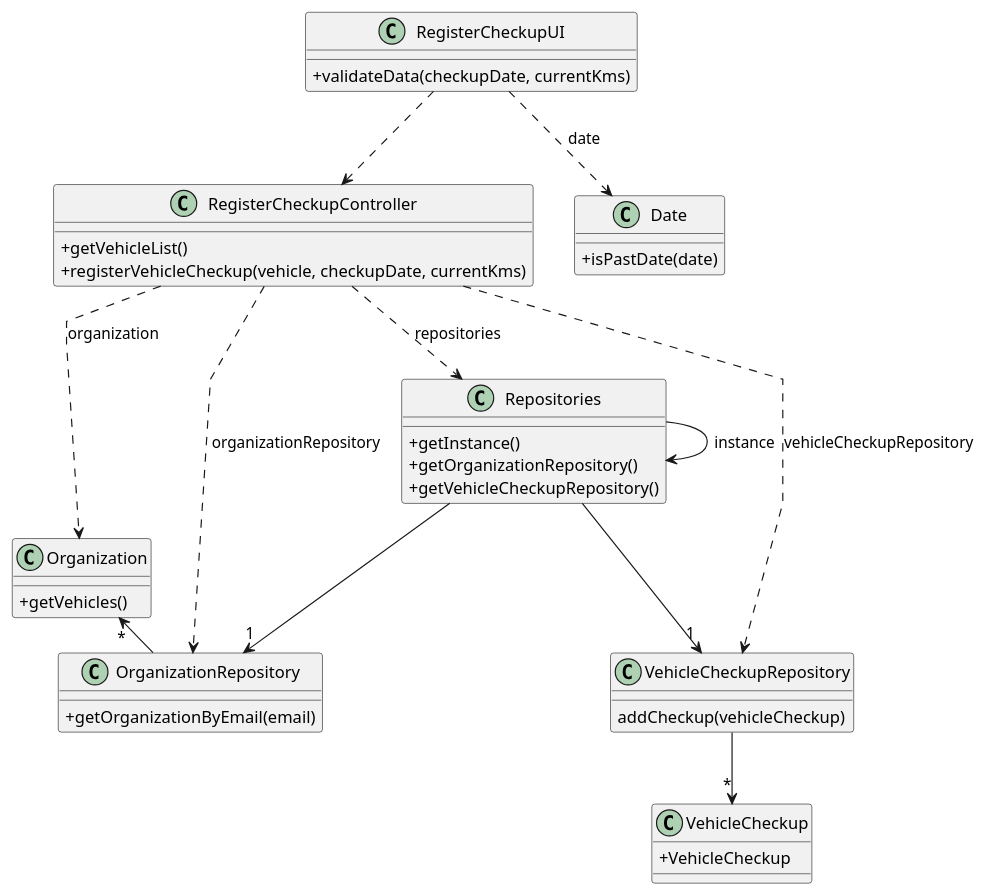
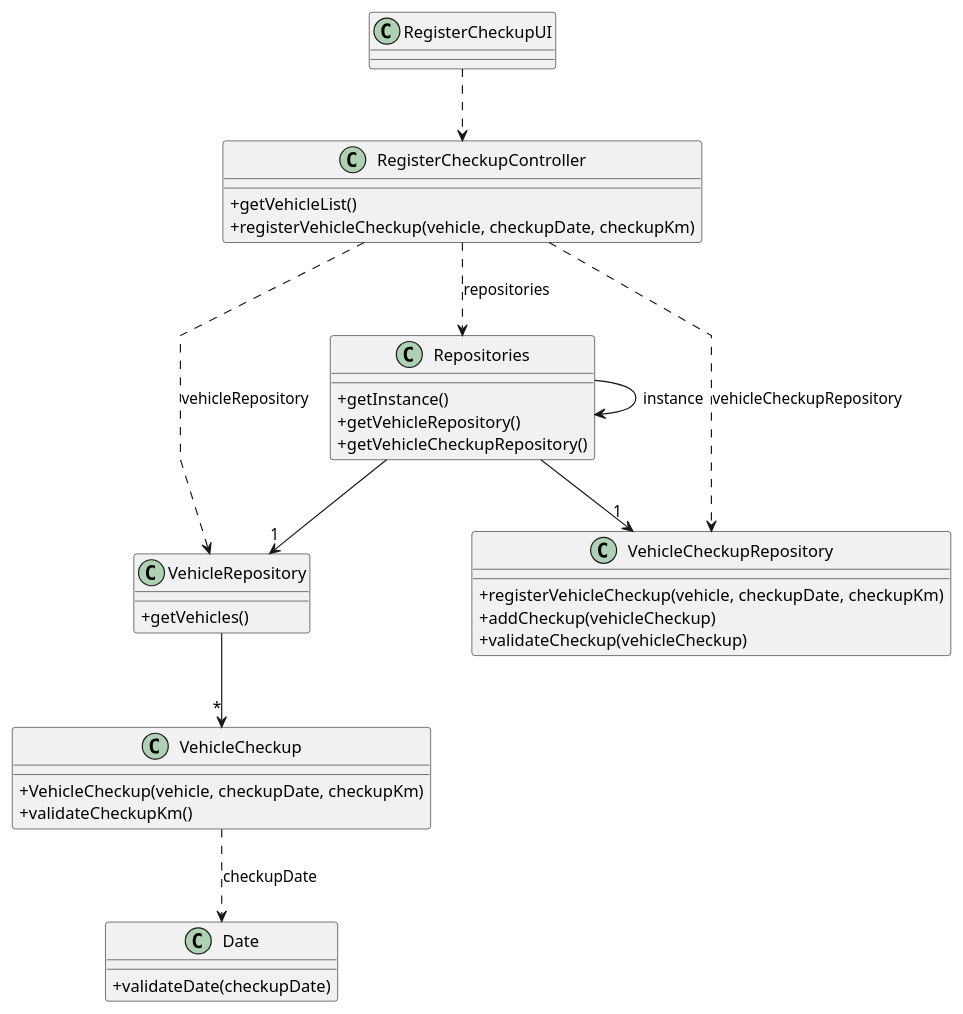
Before and after one commit to Rui-San/LAPR2_2023_2024: the diagram in docs/sprintB/us007/03.design/puml/us007-class-diagram.puml, drawn with PlantUML. The commit also changed 15 other files, not shown here.

Commit message:
US007: Small changes to Class diagram and Sequence Diagram

```diff
--- a/docs/sprintB/us007/03.design/puml/us007-class-diagram.puml
+++ b/docs/sprintB/us007/03.design/puml/us007-class-diagram.puml
@@ -1,58 +1,58 @@
 @startuml
 'skinparam monochrome true
 skinparam packageStyle rectangle
 skinparam shadowing false
 skinparam linetype polyline
 'skinparam linetype orto
 skinparam classAttributeIconSize 0
 'left to right direction
 
-Repositories --> Repositories : instance
+Repositories -> Repositories : instance
+
+
+Repositories --> "1" VehicleRepository
+Repositories --> "1" VehicleCheckupRepository
+
+VehicleRepository --> "*" VehicleCheckup
+
+VehicleCheckup ..> Date : checkupDate
+RegisterCheckupController ..> Repositories : repositories
 RegisterCheckupUI ..> RegisterCheckupController
-RegisterCheckupController ..> Repositories : repositories
-Repositories --> "1" OrganizationRepository
-Repositories --> "1" VehicleCheckupRepository
-VehicleCheckupRepository --> "*" VehicleCheckup
-OrganizationRepository --l> "*" Organization
-RegisterCheckupController ..> OrganizationRepository : organizationRepository
+RegisterCheckupController ..> VehicleRepository : vehicleRepository
 RegisterCheckupController ..> VehicleCheckupRepository : vehicleCheckupRepository
-RegisterCheckupController ..> Organization : organization
-RegisterCheckupUI ..> Date : date
 
-class RegisterCheckupUI{
-    +validateData(checkupDate, currentKms)
+class RegisterCheckupUI {
+
 }
 
-class RegisterCheckupController{
-    +getVehicleList()
-    +registerVehicleCheckup(vehicle, checkupDate, currentKms)
+class RegisterCheckupController {
+    + getVehicleList()
+    + registerVehicleCheckup(vehicle, checkupDate, checkupKm)
 }
 
-class Date{
-    +isPastDate(date)
+class Repositories {
+    + getInstance()
+    + getVehicleRepository()
+    + getVehicleCheckupRepository()
 }
 
-
-class Organization{
-    +getVehicles()
+class VehicleRepository {
+    + getVehicles()
 }
 
-class VehicleCheckup{
-    +VehicleCheckup
+class VehicleCheckupRepository {
+    + registerVehicleCheckup(vehicle, checkupDate, checkupKm)
+    + addCheckup(vehicleCheckup)
+    + validateCheckup(vehicleCheckup)
 }
 
-class Repositories{
-    +getInstance()
-    +getOrganizationRepository()
-    +getVehicleCheckupRepository()
+class VehicleCheckup {
+    + VehicleCheckup(vehicle, checkupDate, checkupKm)
+    + validateCheckupKm()
 }
 
-class OrganizationRepository{
-    +getOrganizationByEmail(email)
-}
-
-class VehicleCheckupRepository{
-    addCheckup(vehicleCheckup)
+class Date {
+    + validateDate(checkupDate)
 }
 
 @enduml
```
